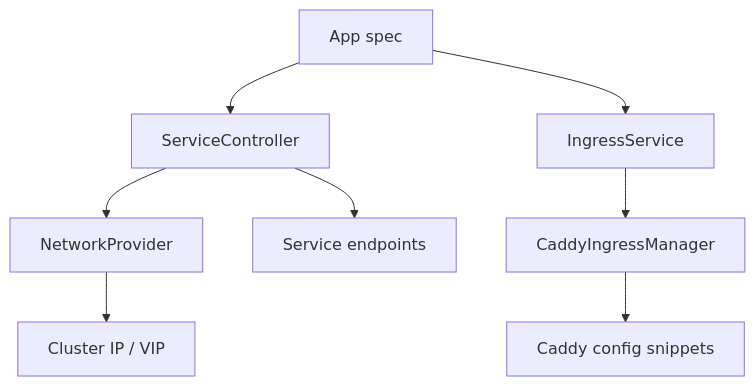
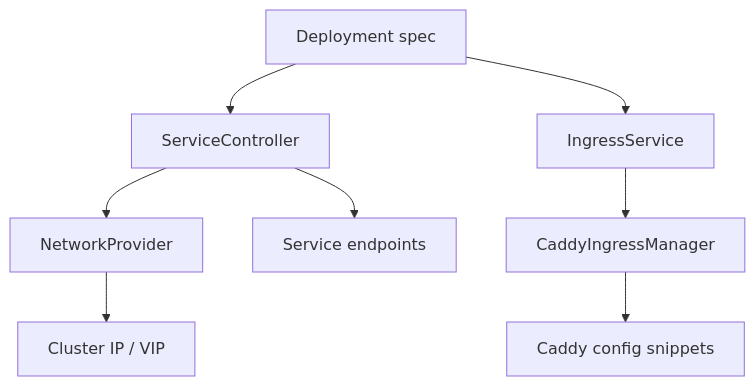
One commit to the-cm-collective/k1s changed the second of 4 diagrams in docs/concepts-in-practice/06-ingress-service-exposure.md. Above: the diagram before and after it, drawn with Mermaid. The commit also changed 68 other files, not shown here.

````diff
--- a/docs/concepts-in-practice/06-ingress-service-exposure.md
+++ b/docs/concepts-in-practice/06-ingress-service-exposure.md
@@ -16,11 +16,11 @@
 ```mermaid
 flowchart TB
-  Manifest[App spec] --> ServiceCtl[ServiceController]
+  Manifest[Deployment spec] --> ServiceCtl[ServiceController]
   ServiceCtl --> Network[NetworkProvider]
   Network --> VIP[Cluster IP / VIP]
   ServiceCtl --> Endpoints[Service endpoints]
 
   Manifest --> IngressSvc[IngressService]
   IngressSvc --> Caddy[CaddyIngressManager]
   Caddy --> Caddyfile[Caddy config snippets]
 ```
````
